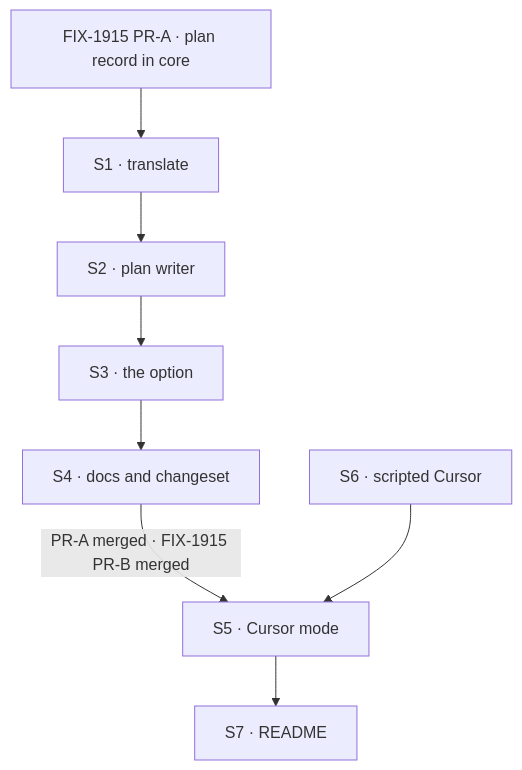
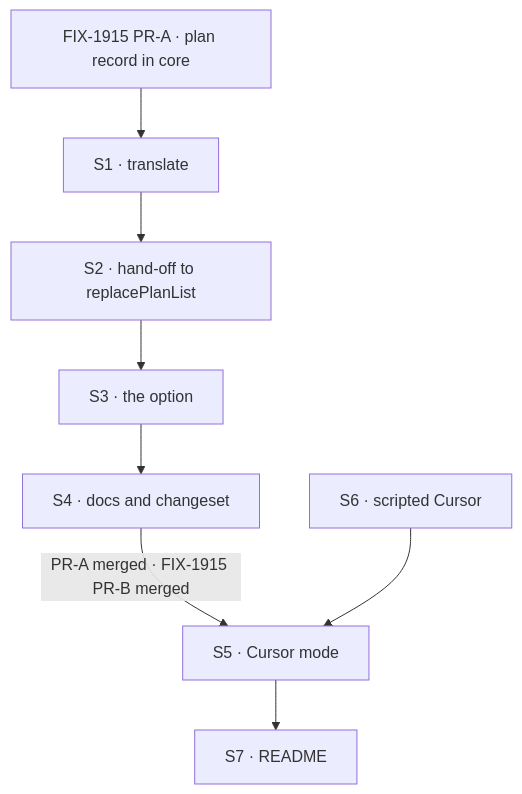
The diagram in specs/issues/FIX-1917/PLAN.md (fixpoint-labs/flow-state-dev), drawn with Mermaid before and after one commit. The commit also changed other lines of this file and 5 other files, not shown here.

First line of the commit message:
spec(FIX-1917): review round 1, align with FIX-1915's replacePlanList and worktree

````diff
--- a/specs/issues/FIX-1917/PLAN.md
+++ b/specs/issues/FIX-1917/PLAN.md
@@ -27,10 +27,10 @@
 ```mermaid
 flowchart TD
   P1["FIX-1915 PR-A · plan record in core"] --> S1["S1 · translate"]
-  S1 --> S2["S2 · plan writer"]
+  S1 --> S2["S2 · hand-off to replacePlanList"]
   S2 --> S3["S3 · the option"]
   S3 --> S4["S4 · docs and changeset"]
   S4 -->|"PR-A merged · FIX-1915 PR-B merged"| S5["S5 · Cursor mode"]
   S6["S6 · scripted Cursor"] --> S5
   S5 --> S7["S7 · README"]
 ```
````
